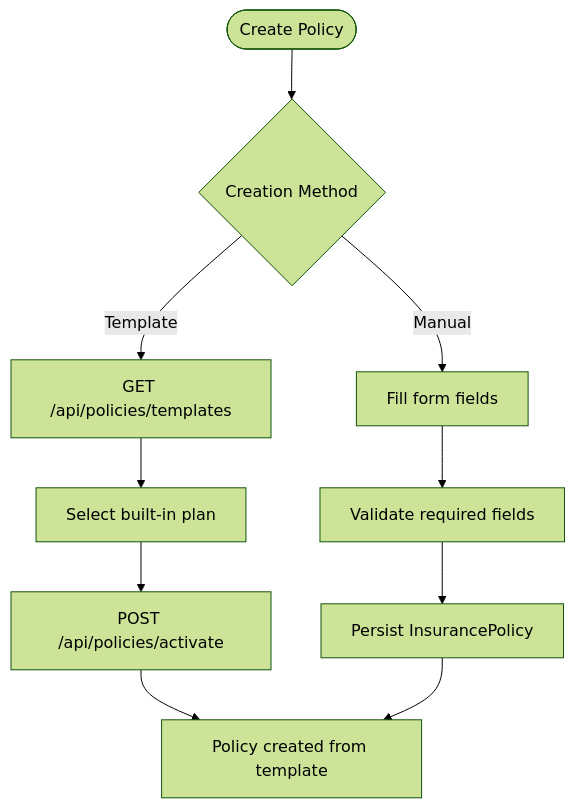
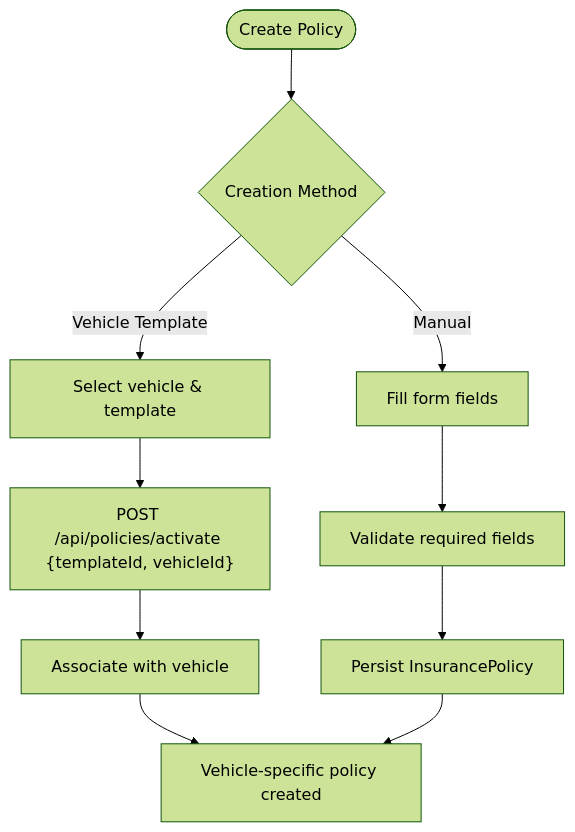
The sixth of 9 diagrams in .qoder/repowiki/en/content/Business Logic Layer/Policy Management System.md (NaveenHiranya/Smart-Vehicle-Insurance-Claim-System), drawn with Mermaid (forest theme) before and after one commit. The commit also changed other lines of this file and 21 other files, not shown here.

````diff
--- a/.qoder/repowiki/en/content/Business Logic Layer/Policy Management System.md
+++ b/.qoder/repowiki/en/content/Business Logic Layer/Policy Management System.md
@@ -243,12 +286,12 @@
 ```mermaid
 flowchart TD
 Start(["Create Policy"]) --> Choice{"Creation Method"}
-Choice -- Template --> TemplateFlow["GET /api/policies/templates"]
+Choice -- Vehicle Template --> VehicleFlow["Select vehicle & template"]
 Choice -- Manual --> ManualFlow["Fill form fields"]
-TemplateFlow --> Select["Select built-in plan"]
-Select --> Activate["POST /api/policies/activate"]
+VehicleFlow --> Activate["POST /api/policies/activate {templateId, vehicleId}"]
 ManualFlow --> Validate["Validate required fields"]
-Activate --> Success["Policy created from template"]
+Activate --> VehicleLink["Associate with vehicle"]
+VehicleLink --> Success["Vehicle-specific policy created"]
 Validate --> Persist["Persist InsurancePolicy"]
 Persist --> Success
 ```
````
